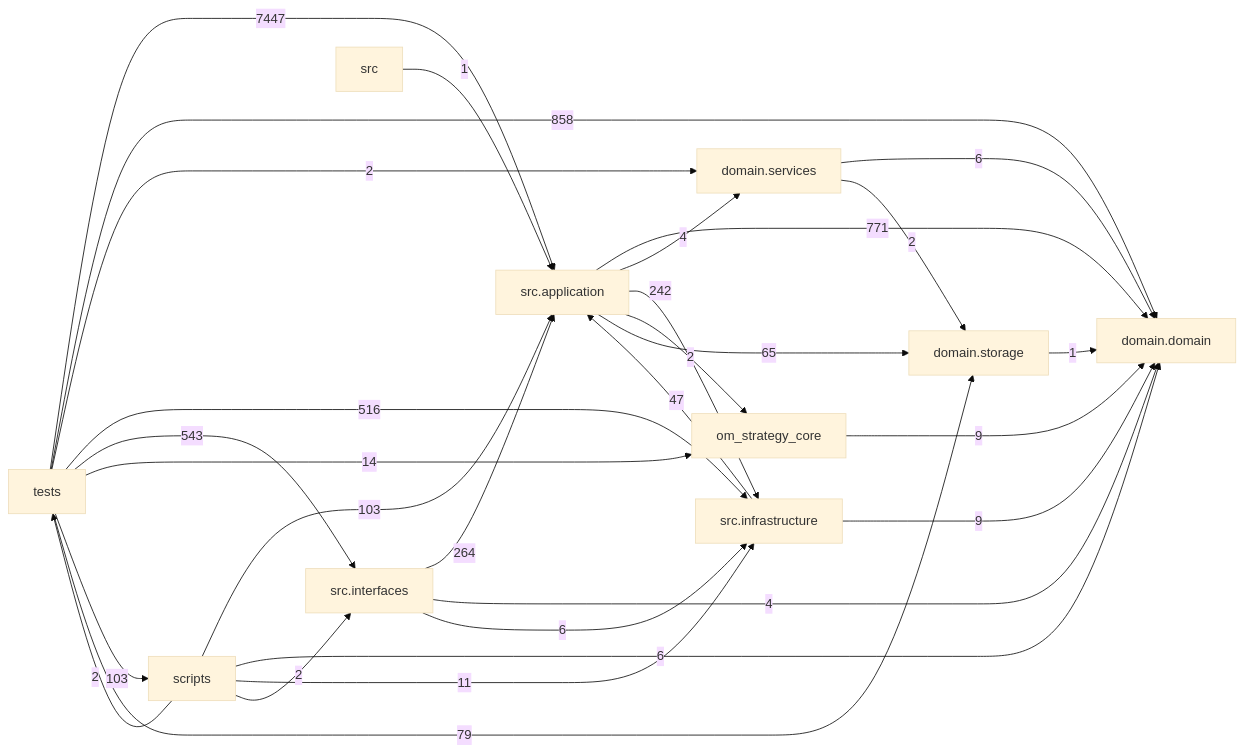
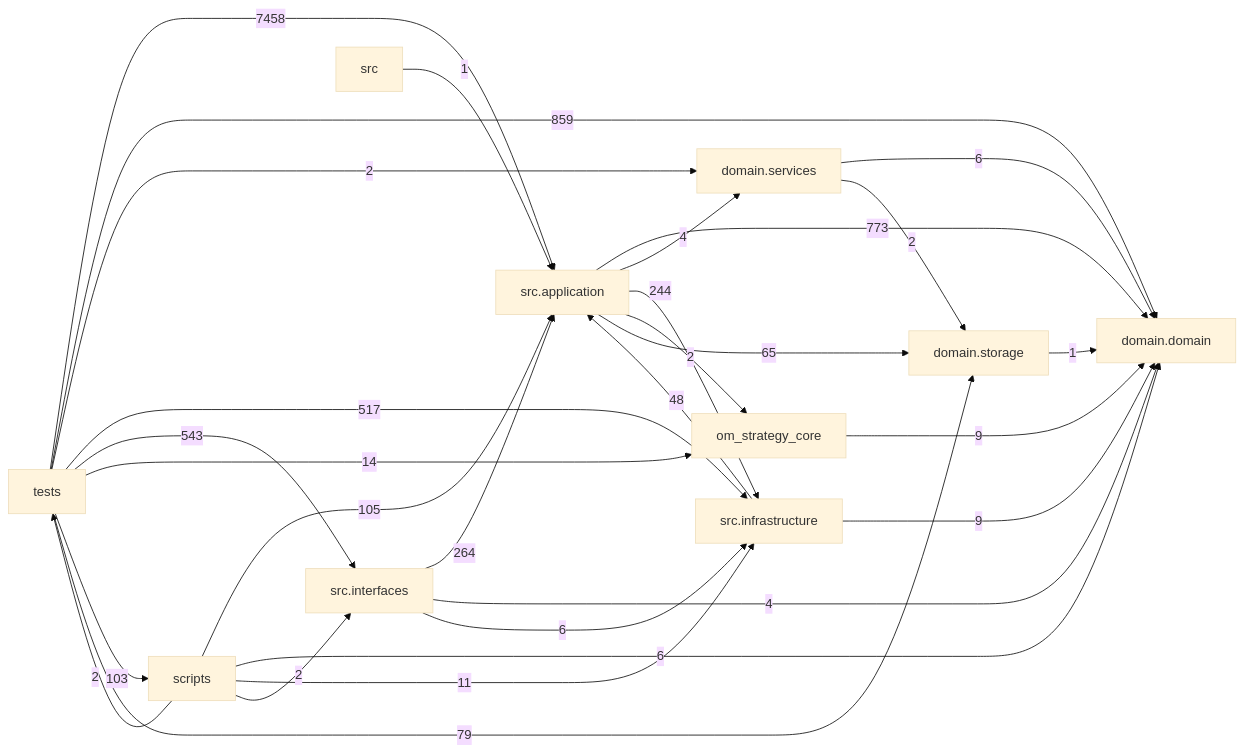
Before and after one commit to liuxie066/options-monitor: the diagram in docs/DEPENDENCY_GRAPH.md, drawn with Mermaid (base theme). The commit also changed other lines of this file and 39 other files, not shown here.

````diff
--- a/docs/DEPENDENCY_GRAPH.md
+++ b/docs/DEPENDENCY_GRAPH.md
@@ -24,39 +24,39 @@
 ```mermaid
 flowchart LR
   tests["tests"]
   scripts["scripts"]
   interfaces["src.interfaces"]
   application["src.application"]
   infrastructure["src.infrastructure"]
   domain_services["domain.services"]
   domain["domain.domain"]
   storage["domain.storage"]
-  application -->|771| domain
+  application -->|773| domain
   application -->|4| domain_services
-  application -->|242| infrastructure
+  application -->|244| infrastructure
   application -->|2| om_strategy_core
   application -->|65| storage
   domain_services -->|6| domain
   domain_services -->|2| storage
-  infrastructure -->|47| application
+  infrastructure -->|48| application
   infrastructure -->|9| domain
   interfaces -->|264| application
   interfaces -->|4| domain
   interfaces -->|6| infrastructure
   om_strategy_core -->|9| domain
-  scripts -->|103| application
+  scripts -->|105| application
   scripts -->|6| domain
   scripts -->|11| infrastructure
   scripts -->|2| interfaces
   scripts -->|2| tests
   src -->|1| application
   storage -->|1| domain
-  tests -->|7447| application
-  tests -->|858| domain
+  tests -->|7458| application
+  tests -->|859| domain
   tests -->|2| domain_services
-  tests -->|516| infrastructure
+  tests -->|517| infrastructure
   tests -->|543| interfaces
   tests -->|14| om_strategy_core
   tests -->|103| scripts
   tests -->|79| storage
 ```
````
